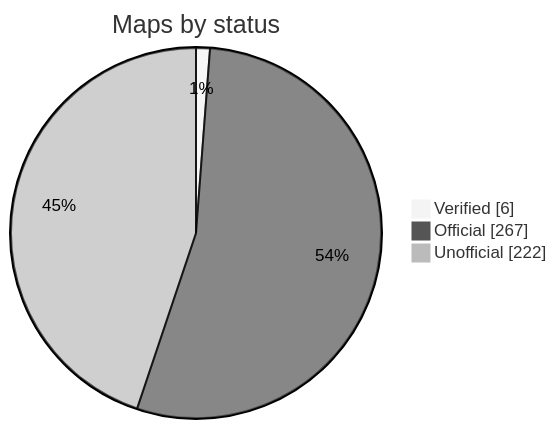
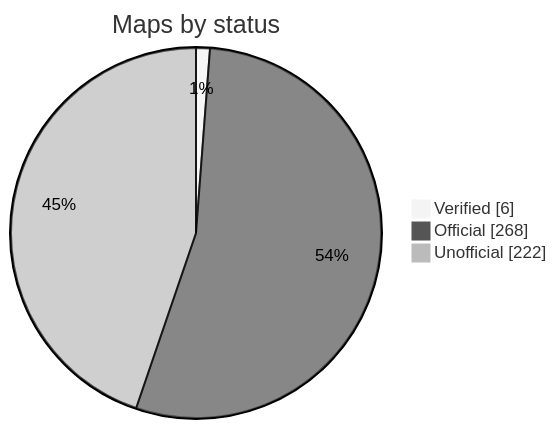
Before and after one commit to nobrega8/mbmap-library: the diagram in README.md, drawn with Mermaid (neutral theme). The commit also changed 2 other files, not shown here.

Commit message:
Add the Yaskawa GA800 map (#84)

````diff
--- a/README.md
+++ b/README.md
@@ -48,7 +48,7 @@
 ```mermaid
 pie showData
     title Maps by status
     "Verified" : 6
-    "Official" : 267
+    "Official" : 268
     "Unofficial" : 222
 ```
````
